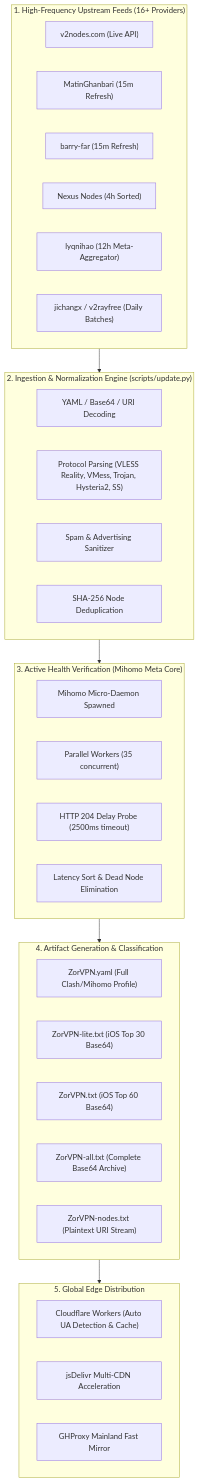
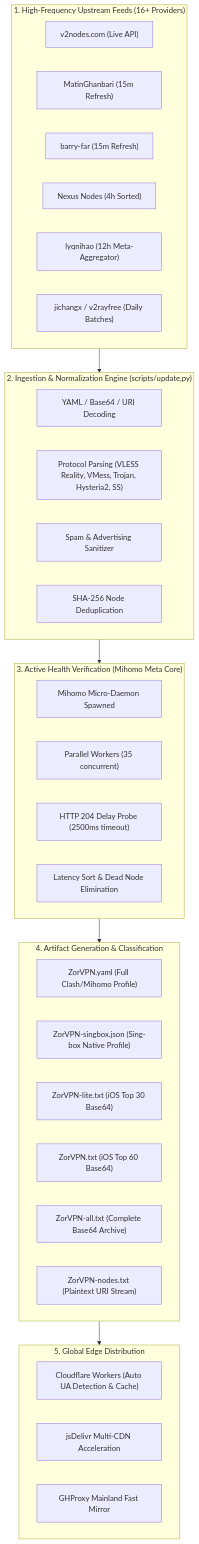
One commit to hamzawih0/zorVPN changed the diagram in README.md. Above: the diagram before and after it, drawn with Mermaid. The commit also changed other lines of this file and 12 other files, not shown here.

````diff
--- a/README.md
+++ b/README.md
@@ -38,44 +38,45 @@
 ```mermaid
 flowchart TD
     subgraph Upstreams ["1. High-Frequency Upstream Feeds (16+ Providers)"]
         U1["v2nodes.com (Live API)"]
         U2["MatinGhanbari (15m Refresh)"]
         U3["barry-far (15m Refresh)"]
         U4["Nexus Nodes (4h Sorted)"]
         U5["lyqnihao (12h Meta-Aggregator)"]
         U6["jichangx / v2rayfree (Daily Batches)"]
     end
 
     subgraph Ingestion ["2. Ingestion & Normalization Engine (scripts/update.py)"]
         I1["YAML / Base64 / URI Decoding"]
         I2["Protocol Parsing (VLESS Reality, VMess, Trojan, Hysteria2, SS)"]
         I3["Spam & Advertising Sanitizer"]
         I4["SHA-256 Node Deduplication"]
     end
 
     subgraph Probe ["3. Active Health Verification (Mihomo Meta Core)"]
         P1["Mihomo Micro-Daemon Spawned"]
         P2["Parallel Workers (35 concurrent)"]
         P3["HTTP 204 Delay Probe (2500ms timeout)"]
         P4["Latency Sort & Dead Node Elimination"]
     end
 
     subgraph Emission ["4. Artifact Generation & Classification"]
         E1["ZorVPN.yaml (Full Clash/Mihomo Profile)"]
-        E2["ZorVPN-lite.txt (iOS Top 30 Base64)"]
-        E3["ZorVPN.txt (iOS Top 60 Base64)"]
-        E4["ZorVPN-all.txt (Complete Base64 Archive)"]
-        E5["ZorVPN-nodes.txt (Plaintext URI Stream)"]
+        E2["ZorVPN-singbox.json (Sing-box Native Profile)"]
+        E3["ZorVPN-lite.txt (iOS Top 30 Base64)"]
+        E4["ZorVPN.txt (iOS Top 60 Base64)"]
+        E5["ZorVPN-all.txt (Complete Base64 Archive)"]
+        E6["ZorVPN-nodes.txt (Plaintext URI Stream)"]
     end
 
     subgraph Edge ["5. Global Edge Distribution"]
         D1["Cloudflare Workers (Auto UA Detection & Cache)"]
         D2["jsDelivr Multi-CDN Acceleration"]
         D3["GHProxy Mainland Fast Mirror"]
     end
 
     Upstreams --> Ingestion
     Ingestion --> Probe
     Probe --> Emission
     Emission --> Edge
 ```
````
